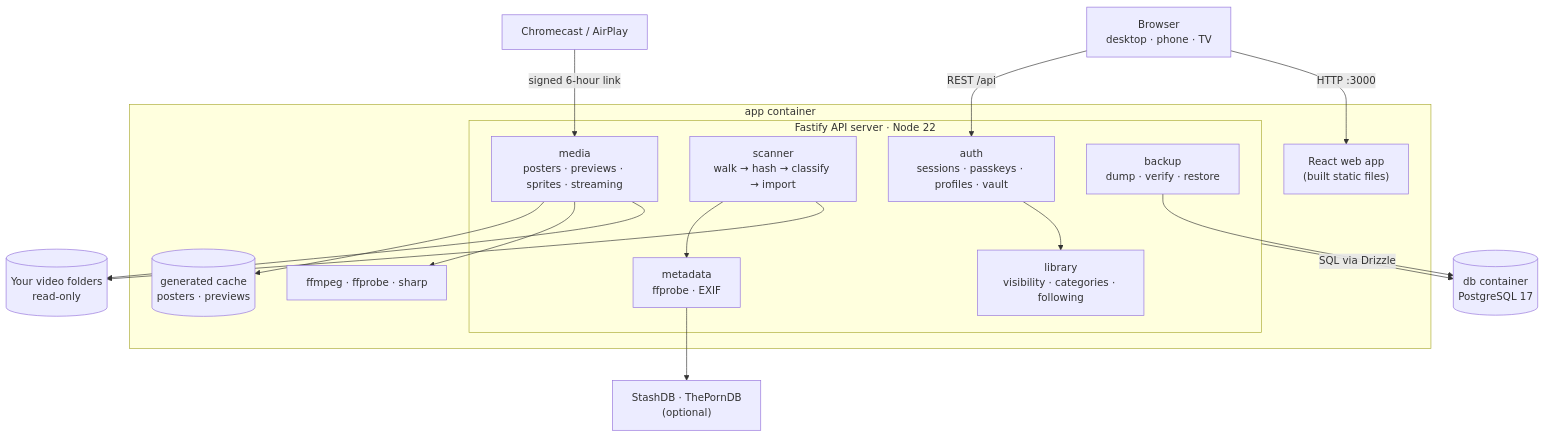
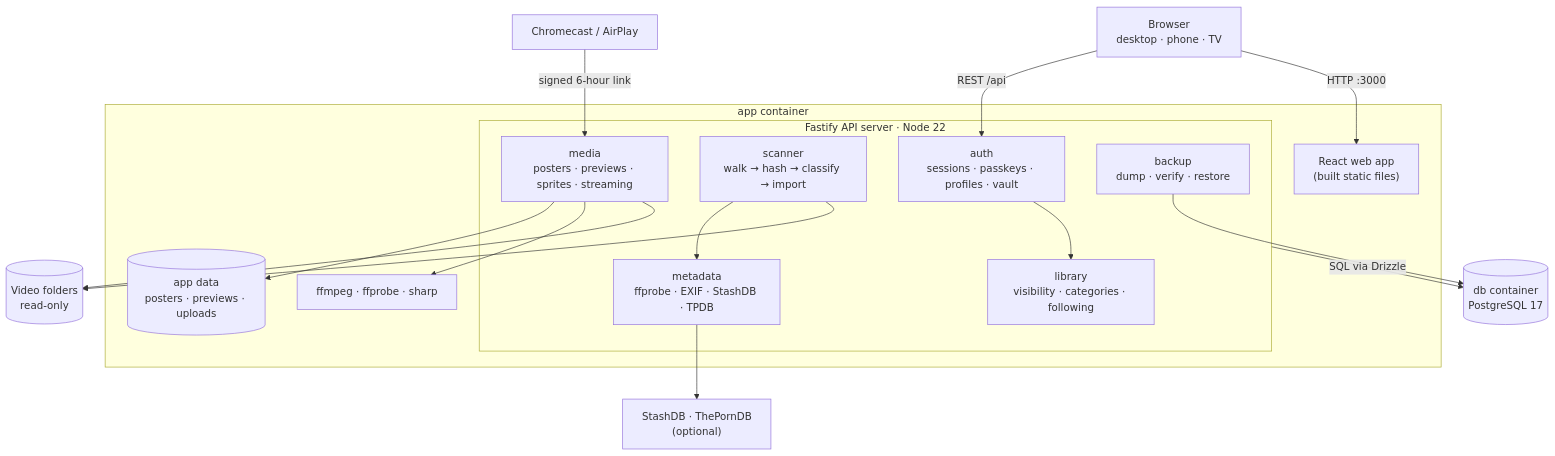
Before and after one commit to atelierlavee/arclight: the first of 2 diagrams in docs/ARCHITECTURE.md, drawn with Mermaid. The commit also changed other lines of this file and 8 other files, not shown here.

````diff
--- a/docs/ARCHITECTURE.md
+++ b/docs/ARCHITECTURE.md
@@ -8,36 +14,36 @@
 ```mermaid
 flowchart TB
     browser["Browser<br/>desktop · phone · TV"]
     tv["Chromecast / AirPlay"]
 
     subgraph app["app container"]
         web["React web app<br/>(built static files)"]
         subgraph api["Fastify API server · Node 22"]
             auth["auth<br/>sessions · passkeys · profiles · vault"]
             scanner["scanner<br/>walk → hash → classify → import"]
             media["media<br/>posters · previews · sprites · streaming"]
-            metadata["metadata<br/>ffprobe · EXIF"]
+            metadata["metadata<br/>ffprobe · EXIF · StashDB · TPDB"]
             library["library<br/>visibility · categories · following"]
             backup["backup<br/>dump · verify · restore"]
         end
         ffmpeg["ffmpeg · ffprobe · sharp"]
-        cache[("generated cache<br/>posters · previews")]
+        cache[("app data<br/>posters · previews · uploads")]
     end
 
     db[("db container<br/>PostgreSQL 17")]
-    files[("Your video folders<br/>read-only")]
+    files[("Video folders<br/>read-only")]
     ext["StashDB · ThePornDB<br/>(optional)"]
 
     browser -->|HTTP :3000| web
     browser -->|REST /api| auth
     tv -->|signed 6-hour link| media
     auth --> library
     scanner --> files
     scanner --> metadata
     media --> files
     media --> ffmpeg
     media --> cache
     metadata --> ext
     api -->|SQL via Drizzle| db
     backup --> db
 ```
````
